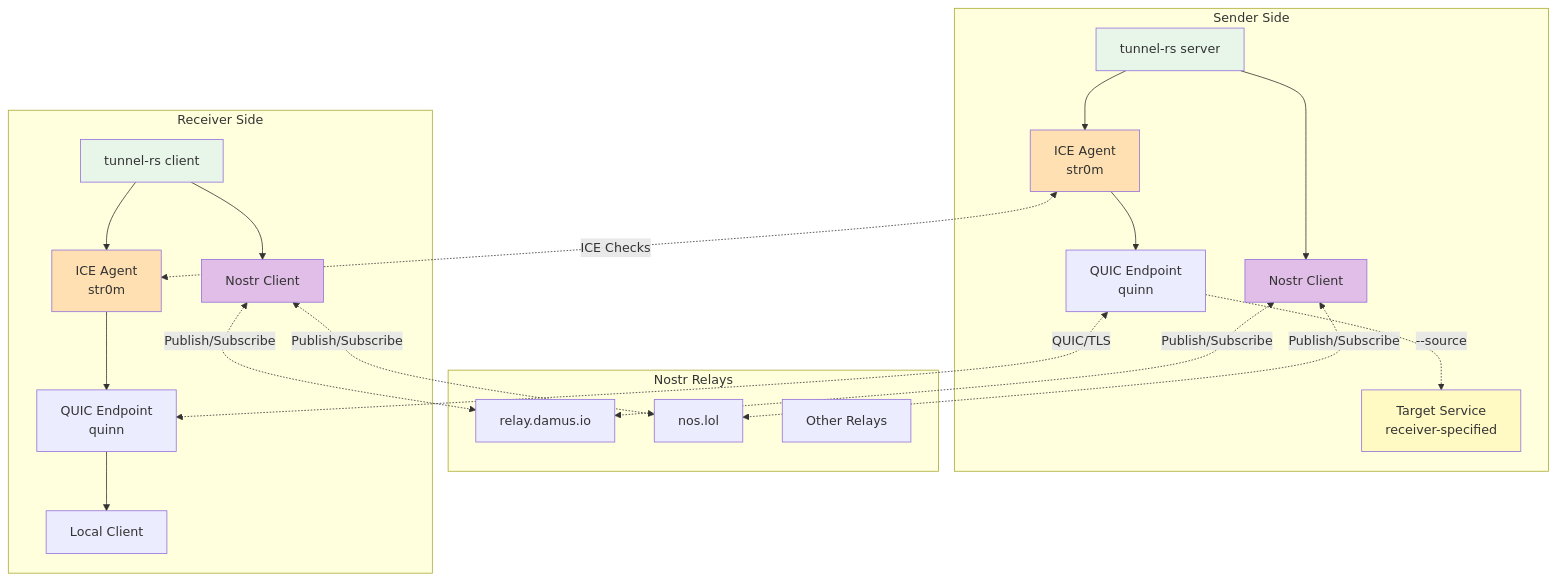
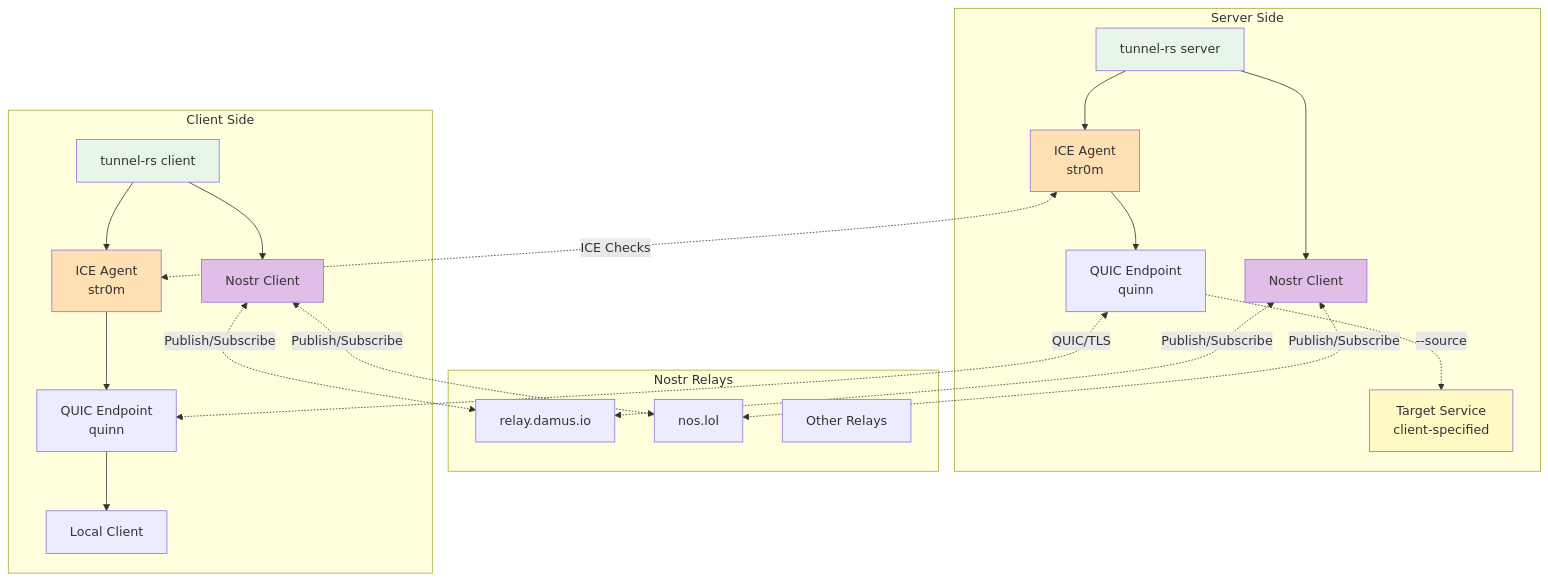
Before and after one commit to andrewtheguy/vpn-rs: diagram 18 of 35 in docs/ARCHITECTURE.md, drawn with Mermaid. The commit also changed other lines of this file, not shown here.

Commit message:
feat: update architecture documentation to reflect server-client terminology and clarify operational modes

````diff
--- a/docs/ARCHITECTURE.md
+++ b/docs/ARCHITECTURE.md
@@ -729,50 +729,50 @@
 ```mermaid
 graph TB
-    subgraph "Sender Side"
+    subgraph "Server Side"
         A[tunnel-rs server]
         B[ICE Agent<br/>str0m]
         C[QUIC Endpoint<br/>quinn]
         D[Nostr Client]
-        E[Target Service<br/>receiver-specified]
+        E[Target Service<br/>client-specified]
     end
 
     subgraph "Nostr Relays"
         F[relay.damus.io]
         G[nos.lol]
         H[Other Relays]
     end
 
-    subgraph "Receiver Side"
+    subgraph "Client Side"
         I[tunnel-rs client]
         J[ICE Agent<br/>str0m]
         K[QUIC Endpoint<br/>quinn]
         L[Nostr Client]
         M[Local Client]
     end
 
     A --> B
     B --> C
     A --> D
     C -.->|--source| E
 
     I --> J
     J --> K
     I --> L
     K --> M
 
     D <-.Publish/Subscribe.-> F
     D <-.Publish/Subscribe.-> G
     L <-.Publish/Subscribe.-> F
     L <-.Publish/Subscribe.-> G
 
     B <-.ICE Checks.-> J
     C <-.QUIC/TLS.-> K
 
     style A fill:#E8F5E9
     style I fill:#E8F5E9
     style B fill:#FFE0B2
     style J fill:#FFE0B2
     style D fill:#E1BEE7
     style L fill:#E1BEE7
     style E fill:#FFF9C4
 ```
````
